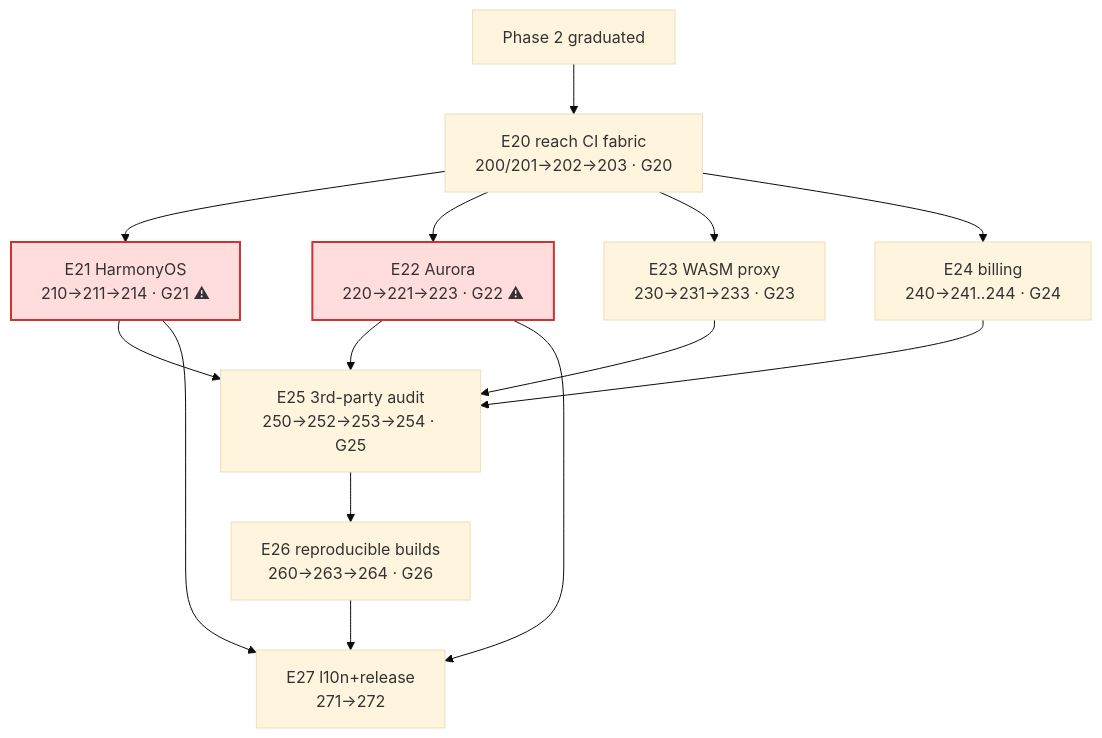
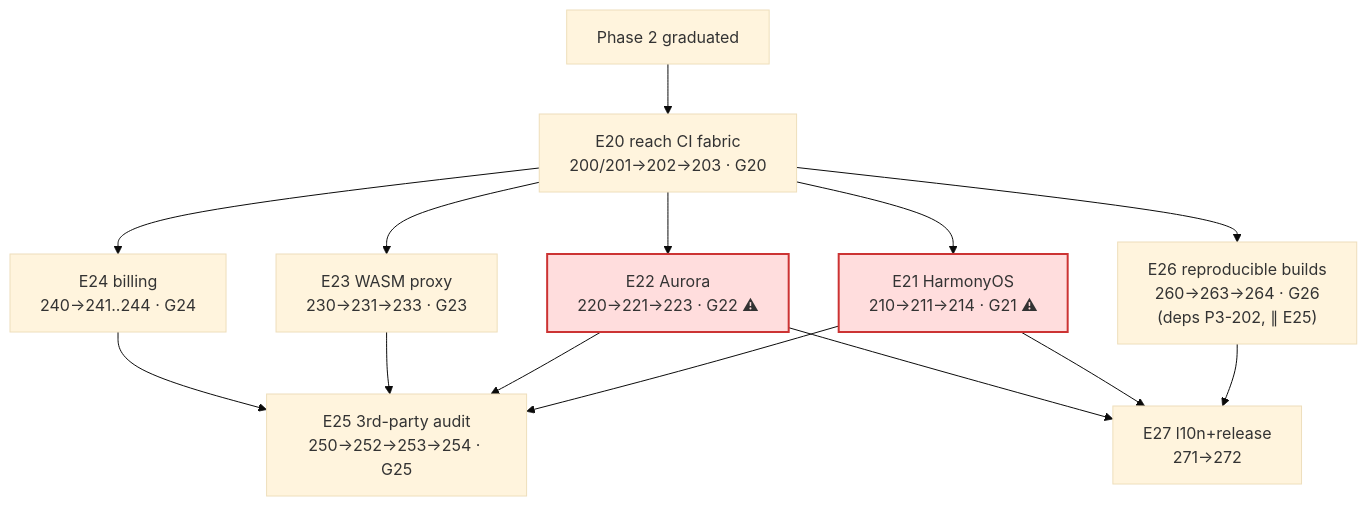
One commit to HelixDevelopment/helix_vpn changed the sixth of 6 diagrams in docs/research/mvp/final/v07-execution/dependency-graph.md. Above: the diagram before and after it, drawn with Mermaid (base theme). The commit also changed other lines of this file and 74 other files, not shown here.

````diff
--- a/docs/research/mvp/final/v07-execution/dependency-graph.md
+++ b/docs/research/mvp/final/v07-execution/dependency-graph.md
@@ -232,18 +232,18 @@
 ```mermaid
 graph TD
   P2["Phase 2 graduated"] --> E20["E20 reach CI fabric<br/>200/201→202→203 · G20"]
   E20 --> E21["E21 HarmonyOS<br/>210→211→214 · G21 ⚠"]
   E20 --> E22["E22 Aurora<br/>220→221→223 · G22 ⚠"]
   E20 --> E23["E23 WASM proxy<br/>230→231→233 · G23"]
   E20 --> E24["E24 billing<br/>240→241..244 · G24"]
   E21 --> E25["E25 3rd-party audit<br/>250→252→253→254 · G25"]
   E22 --> E25
   E23 --> E25
   E24 --> E25
-  E25 --> E26["E26 reproducible builds<br/>260→263→264 · G26"]
+  E20 --> E26["E26 reproducible builds<br/>260→263→264 · G26<br/>(deps P3-202, ∥ E25)"]
   E26 --> E27["E27 l10n+release<br/>271→272"]
   E21 --> E27
   E22 --> E27
   classDef risk fill:#fdd,stroke:#c33,stroke-width:2px;
   class E21,E22 risk;
 ```
````
